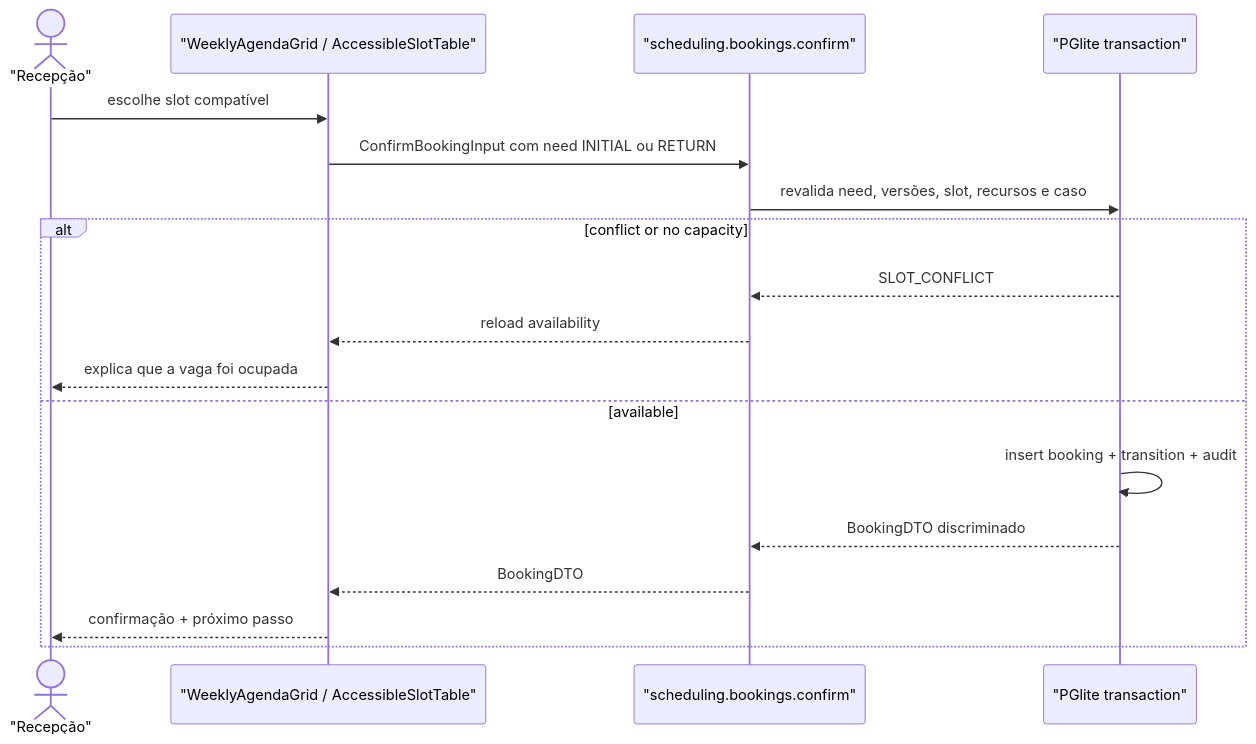
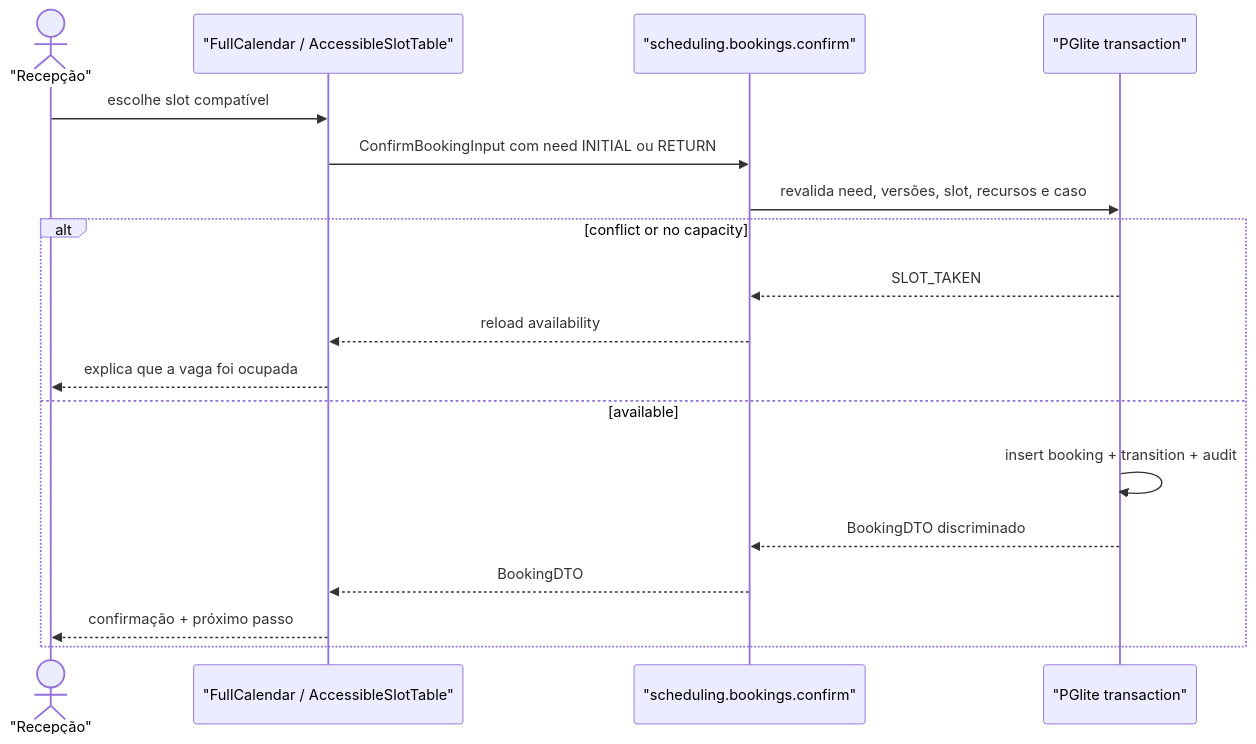
One commit to nmarcofernandess/antessala changed the second of 2 diagrams in hack/domains/BUILD-superficies-e-configuracoes.md. Above: the diagram before and after it, drawn with Mermaid. The commit also changed other lines of this file and 29 other files, not shown here.

````diff
--- a/hack/domains/BUILD-superficies-e-configuracoes.md
+++ b/hack/domains/BUILD-superficies-e-configuracoes.md
@@ -720,20 +766,20 @@
 ```mermaid
 sequenceDiagram
   actor Reception as "Recepção"
-  participant UI as "WeeklyAgendaGrid / AccessibleSlotTable"
+  participant UI as "FullCalendar / AccessibleSlotTable"
   participant Main as "scheduling.bookings.confirm"
   participant DB as "PGlite transaction"
   Reception->>UI: escolhe slot compatível
   UI->>Main: ConfirmBookingInput com need INITIAL ou RETURN
   Main->>DB: revalida need, versões, slot, recursos e caso
   alt conflict or no capacity
-    DB-->>Main: SLOT_CONFLICT
+    DB-->>Main: SLOT_TAKEN
     Main-->>UI: reload availability
     UI-->>Reception: explica que a vaga foi ocupada
   else available
     DB->>DB: insert booking + transition + audit
     DB-->>Main: BookingDTO discriminado
     Main-->>UI: BookingDTO
     UI-->>Reception: confirmação + próximo passo
   end
 ```
````
